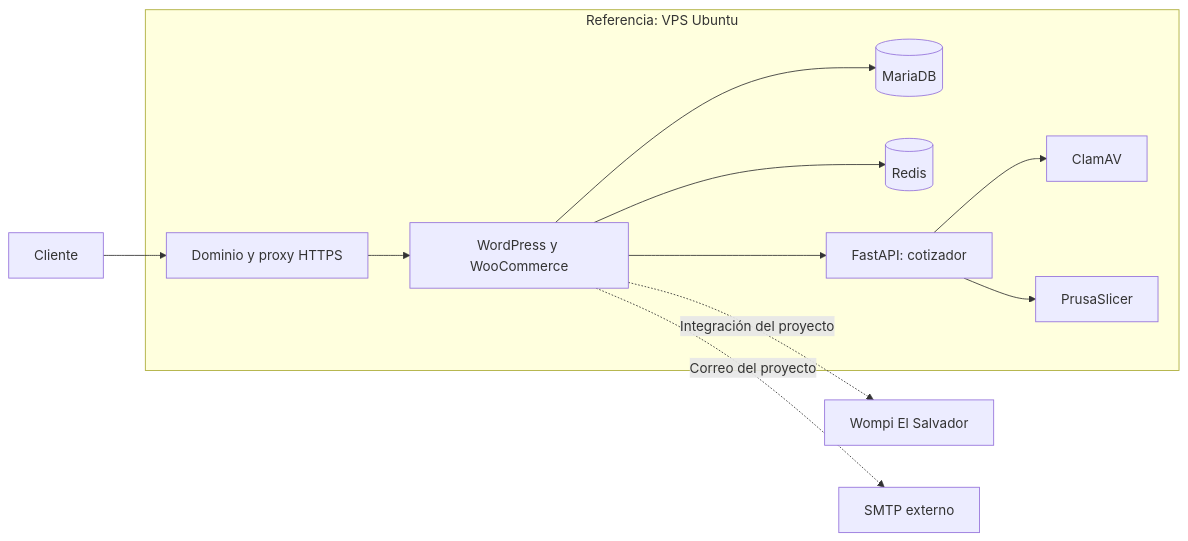
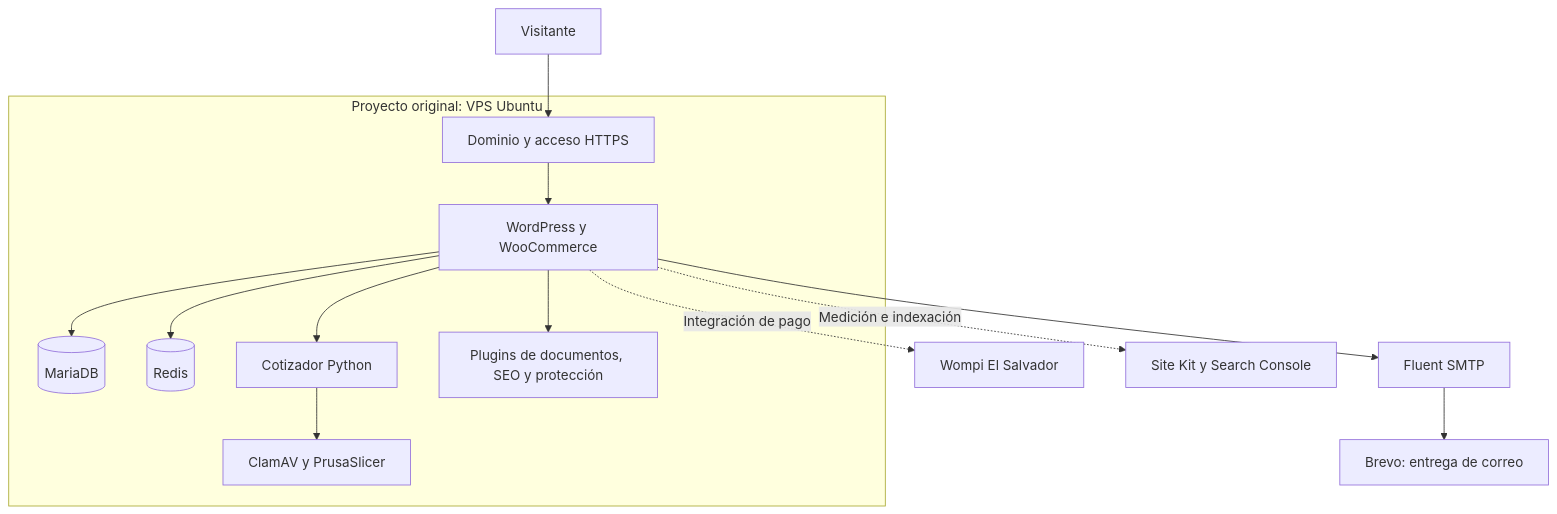
The first of 2 diagrams in docs/ARQUITECTURA.md (Eliasxgg/caso-ecommerce-3d), drawn with Mermaid before and after one commit. The commit also changed other lines of this file and 4 other files, not shown here.

````diff
--- a/docs/ARQUITECTURA.md
+++ b/docs/ARQUITECTURA.md
@@ -7,14 +21,16 @@
 ```mermaid
-flowchart LR
-    U[Cliente] --> HTTPS[Dominio y proxy HTTPS]
-    subgraph VPS[Referencia: VPS Ubuntu]
-      HTTPS --> WP[WordPress y WooCommerce]
-      WP --> DB[(MariaDB)]
-      WP --> Cache[(Redis)]
-      WP --> API[FastAPI: cotizador]
-      API --> Scanner[ClamAV]
-      API --> Slicer[PrusaSlicer]
+flowchart TD
+    A[Visitante] --> B[Dominio y acceso HTTPS]
+    subgraph VPS[Proyecto original: VPS Ubuntu]
+      B --> C[WordPress y WooCommerce]
+      C --> D[(MariaDB)]
+      C --> E[(Redis)]
+      C --> F[Cotizador Python]
+      F --> G[ClamAV y PrusaSlicer]
+      C --> H[Plugins de documentos, SEO y protección]
     end
-    WP -. Integración del proyecto .-> Payment[Wompi El Salvador]
-    WP -. Correo del proyecto .-> SMTP[SMTP externo]
+    C --> I[Fluent SMTP]
+    I --> J[Brevo: entrega de correo]
+    C -. Integración de pago .-> K[Wompi El Salvador]
+    C -. Medición e indexación .-> L[Site Kit y Search Console]
 ```
````
